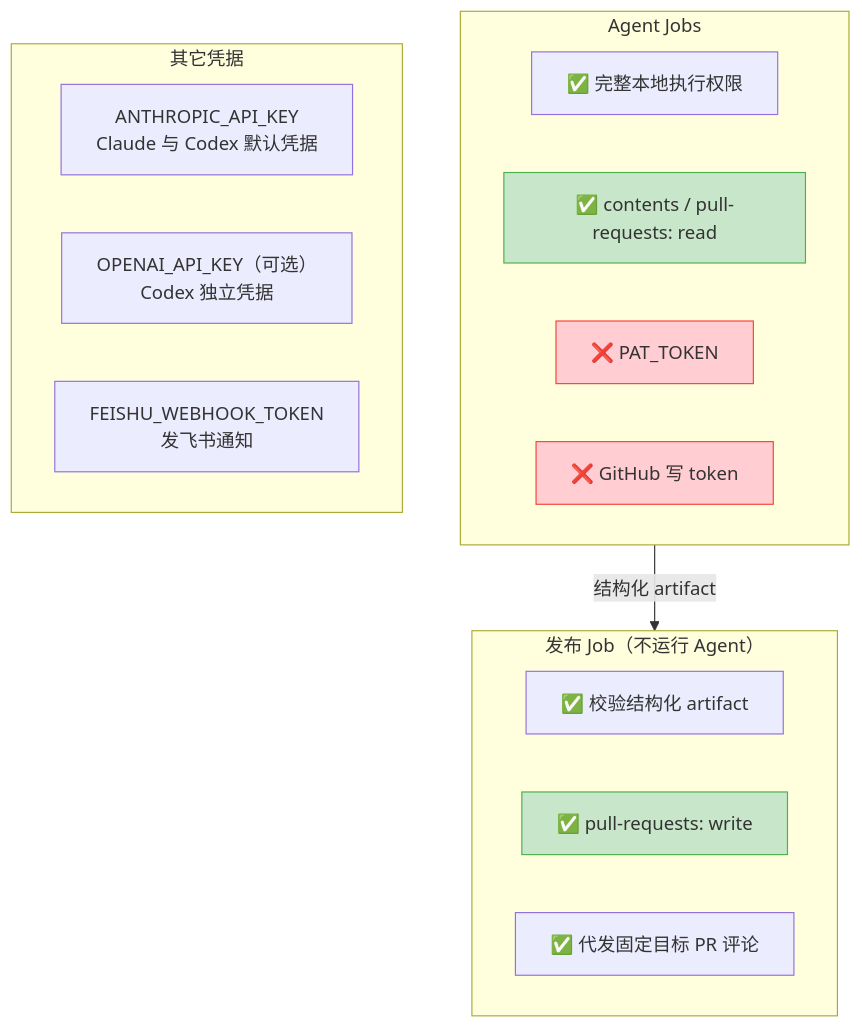
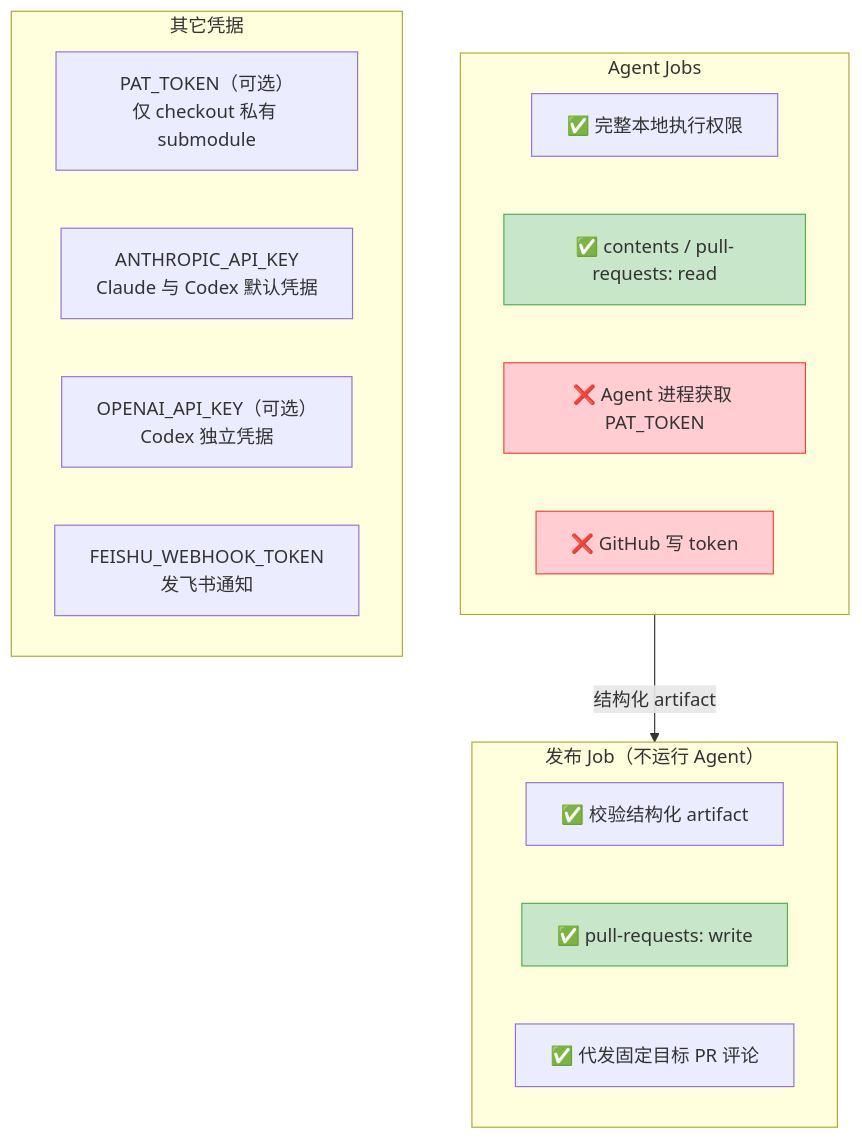
Before and after one commit to Lightspeed-Intelligence/agentic-workflow-template: diagram 11 of 13 in docs/code-review-design.md, drawn with Mermaid. The commit also changed other lines of this file and 7 other files, not shown here.

Commit message:
fix(pr-review): restore private submodule checkout

````diff
--- a/docs/code-review-design.md
+++ b/docs/code-review-design.md
@@ -355,28 +355,29 @@
 ```mermaid
 graph TD
     subgraph review_jobs["Agent Jobs"]
         local["✅ 完整本地执行权限"]
         read["✅ contents / pull-requests: read"]
-        no_pat["❌ PAT_TOKEN"]
+        no_pat["❌ Agent 进程获取 PAT_TOKEN"]
         no_write["❌ GitHub 写 token"]
     end
 
     subgraph publish_job["发布 Job（不运行 Agent）"]
         validate["✅ 校验结构化 artifact"]
         pr_write["✅ pull-requests: write"]
         comment["✅ 代发固定目标 PR 评论"]
     end
 
     subgraph tokens["其它凭据"]
+        pat["PAT_TOKEN（可选）<br/>仅 checkout 私有 submodule"]
         ak["ANTHROPIC_API_KEY<br/>Claude 与 Codex 默认凭据"]
         oak["OPENAI_API_KEY（可选）<br/>Codex 独立凭据"]
         fw["FEISHU_WEBHOOK_TOKEN<br/>发飞书通知"]
     end
 
     review_jobs -->|结构化 artifact| publish_job
 
     style no_pat fill:#ffcdd2,stroke:#f44336
     style no_write fill:#ffcdd2,stroke:#f44336
     style read fill:#c8e6c9,stroke:#4CAF50
     style pr_write fill:#c8e6c9,stroke:#4CAF50
 ```
````
